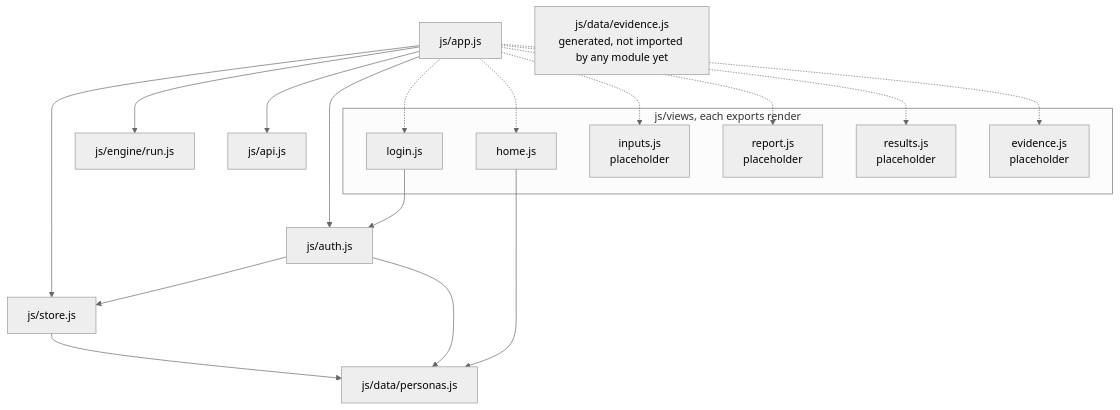
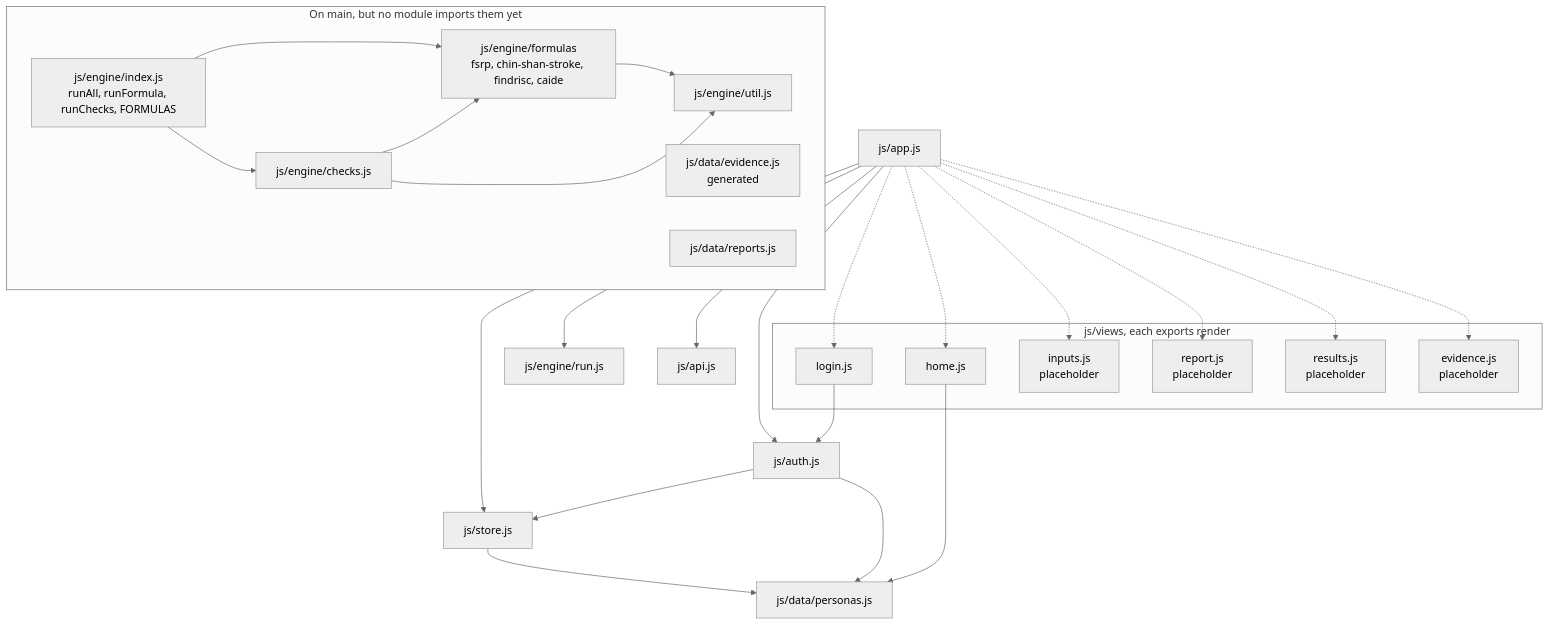
One commit to tingwei161803/unify-risk changed the second of 4 diagrams in docs/architecture.md. Above: the diagram before and after it, drawn with Mermaid (neutral theme). The commit also changed other lines of this file, not shown here.

First line of the commit message:
Describe the engine, sample people and sample reports now on main

````diff
--- a/docs/architecture.md
+++ b/docs/architecture.md
@@ -85,37 +87,51 @@
 ```mermaid
 flowchart TD
     APP["js/app.js"]
     STORE["js/store.js"]
     AUTH["js/auth.js"]
     APIJS["js/api.js"]
     RUN["js/engine/run.js"]
     PERSONAS["js/data/personas.js"]
-    EVIDENCE["js/data/evidence.js<br/>generated, not imported by any module yet"]
 
     subgraph VIEWS["js/views, each exports render"]
         LOGIN["login.js"]
         HOME["home.js"]
         INPUTS["inputs.js<br/>placeholder"]
         REPORT["report.js<br/>placeholder"]
         RESULTS["results.js<br/>placeholder"]
         EVVIEW["evidence.js<br/>placeholder"]
     end
 
     APP --> STORE
     APP --> RUN
     APP --> APIJS
     APP --> AUTH
     AUTH --> STORE
     AUTH --> PERSONAS
     STORE --> PERSONAS
 
     APP -.-> LOGIN
     APP -.-> HOME
     APP -.-> INPUTS
     APP -.-> REPORT
     APP -.-> RESULTS
     APP -.-> EVVIEW
 
     LOGIN --> AUTH
     HOME --> PERSONAS
+
+    subgraph UNWIRED["On main, but no module imports them yet"]
+        INDEX["js/engine/index.js<br/>runAll, runFormula, runChecks, FORMULAS"]
+        FORMULAS["js/engine/formulas<br/>fsrp, chin-shan-stroke, findrisc, caide"]
+        CHECKS["js/engine/checks.js"]
+        UTIL["js/engine/util.js"]
+        EVIDENCE["js/data/evidence.js<br/>generated"]
+        REPORTS["js/data/reports.js"]
+    end
+
+    INDEX --> FORMULAS
+    INDEX --> CHECKS
+    CHECKS --> FORMULAS
+    CHECKS --> UTIL
+    FORMULAS --> UTIL
 ```
````
